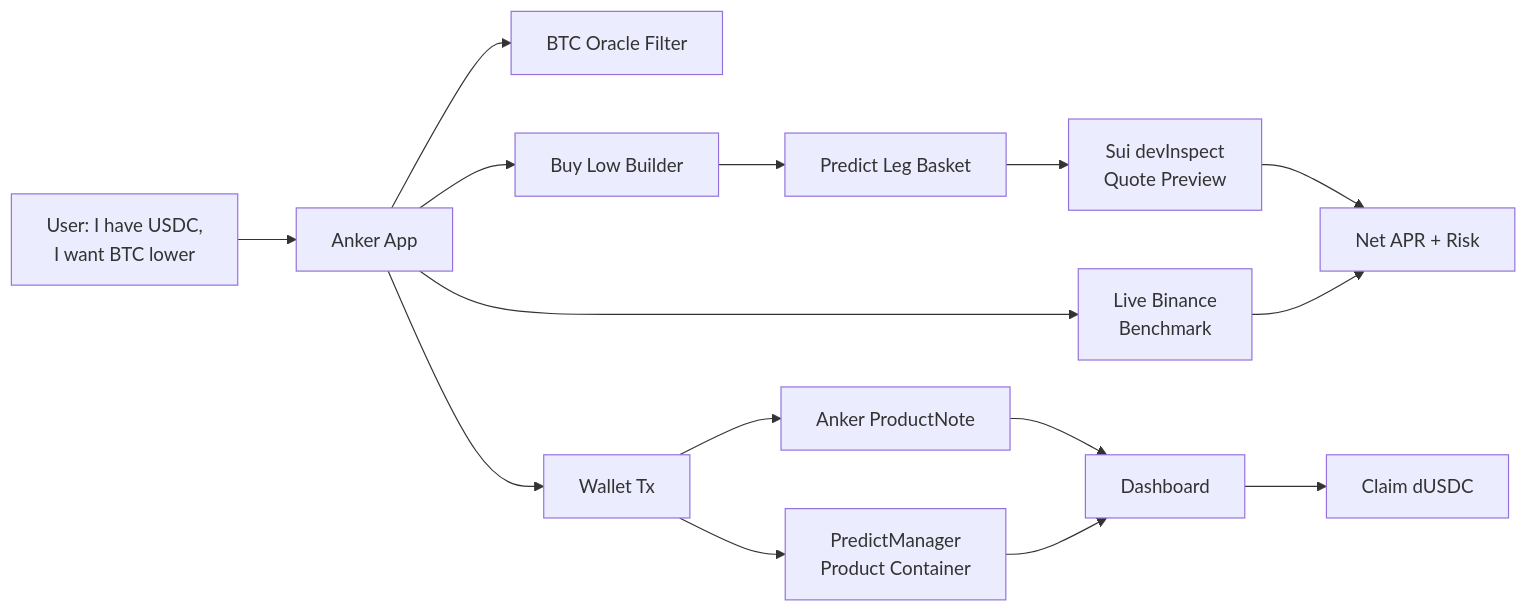
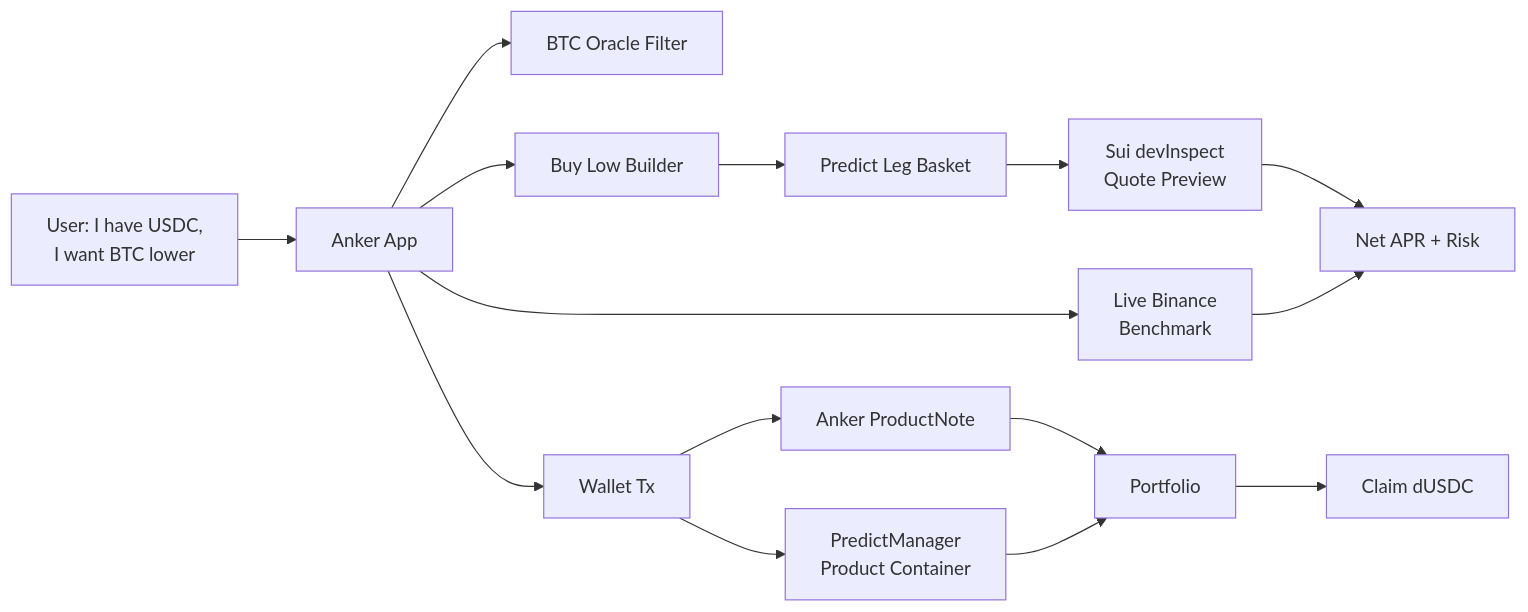
Before and after one commit to cl-fi/AnkerProtocol: the diagram in README.md, drawn with Mermaid. The commit also changed other lines of this file and 20 other files, not shown here.

First line of the commit message:
Rename Dashboard to Portfolio with legacy redirect (#14).

````diff
--- a/README.md
+++ b/README.md
@@ -199,17 +199,17 @@
 ```mermaid
 flowchart LR
   A["User: I have USDC,<br/>I want BTC lower"] --> B["Anker App"]
   B --> C["BTC Oracle Filter"]
   B --> D["Buy Low Builder"]
   D --> E["Predict Leg Basket"]
   E --> F["Sui devInspect<br/>Quote Preview"]
   F --> G["Net APR + Risk"]
   B --> X["Live Binance<br/>Benchmark"]
   X --> G
   B --> H["Wallet Tx"]
   H --> I["PredictManager<br/>Product Container"]
   H --> J["Anker ProductNote"]
-  J --> K["Dashboard"]
+  J --> K["Portfolio"]
   I --> K
   K --> L["Claim dUSDC"]
 ```
````
